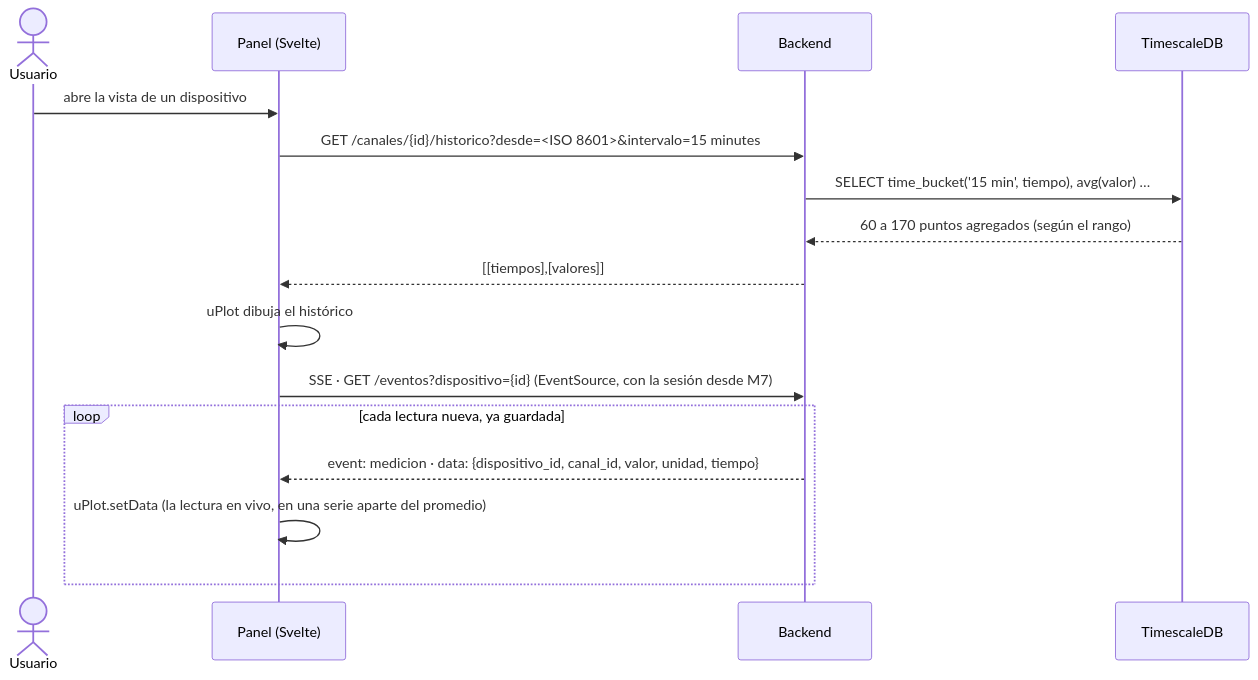
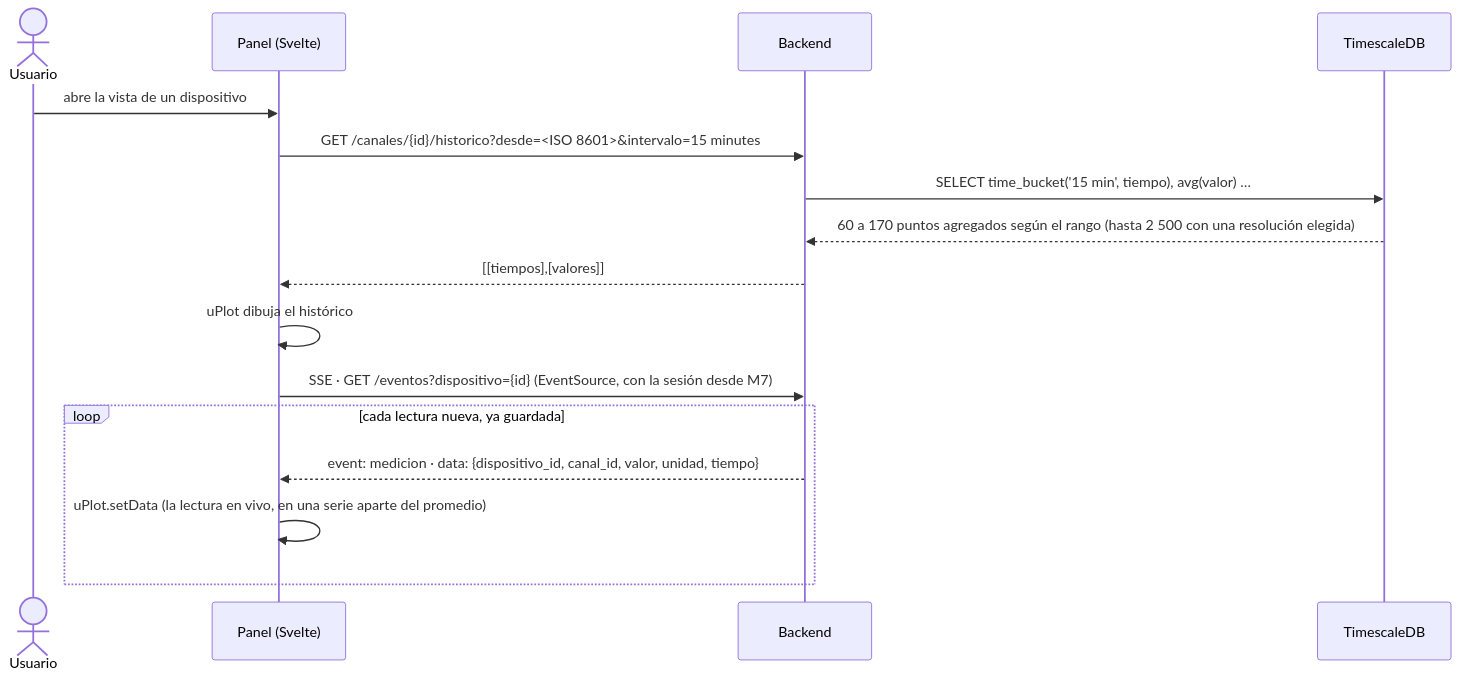
One commit to vicenterami/tesis changed the fifth of 6 diagrams in docs/10-arquitectura.md. Above: the diagram before and after it, drawn with Mermaid. The commit also changed other lines of this file and 41 other files, not shown here.

````diff
--- a/docs/10-arquitectura.md
+++ b/docs/10-arquitectura.md
@@ -589,19 +594,19 @@
 ```mermaid
 sequenceDiagram
     actor U as Usuario
     participant FE as Panel (Svelte)
     participant API as Backend
     participant DB as TimescaleDB
 
     U->>FE: abre la vista de un dispositivo
     FE->>API: GET /canales/{id}/historico?desde=<ISO 8601>&intervalo=15 minutes
     API->>DB: SELECT time_bucket('15 min', tiempo), avg(valor) …
-    DB-->>API: 60 a 170 puntos agregados (según el rango)
+    DB-->>API: 60 a 170 puntos agregados según el rango (hasta 2 500 con una resolución elegida)
     API-->>FE: [[tiempos],[valores]]
     FE->>FE: uPlot dibuja el histórico
     FE->>API: SSE · GET /eventos?dispositivo={id} (EventSource, con la sesión desde M7)
     loop cada lectura nueva, ya guardada
         API-->>FE: event: medicion · data: {dispositivo_id, canal_id, valor, unidad, tiempo}
         FE->>FE: uPlot.setData (la lectura en vivo, en una serie aparte del promedio)
     end
 ```
````
